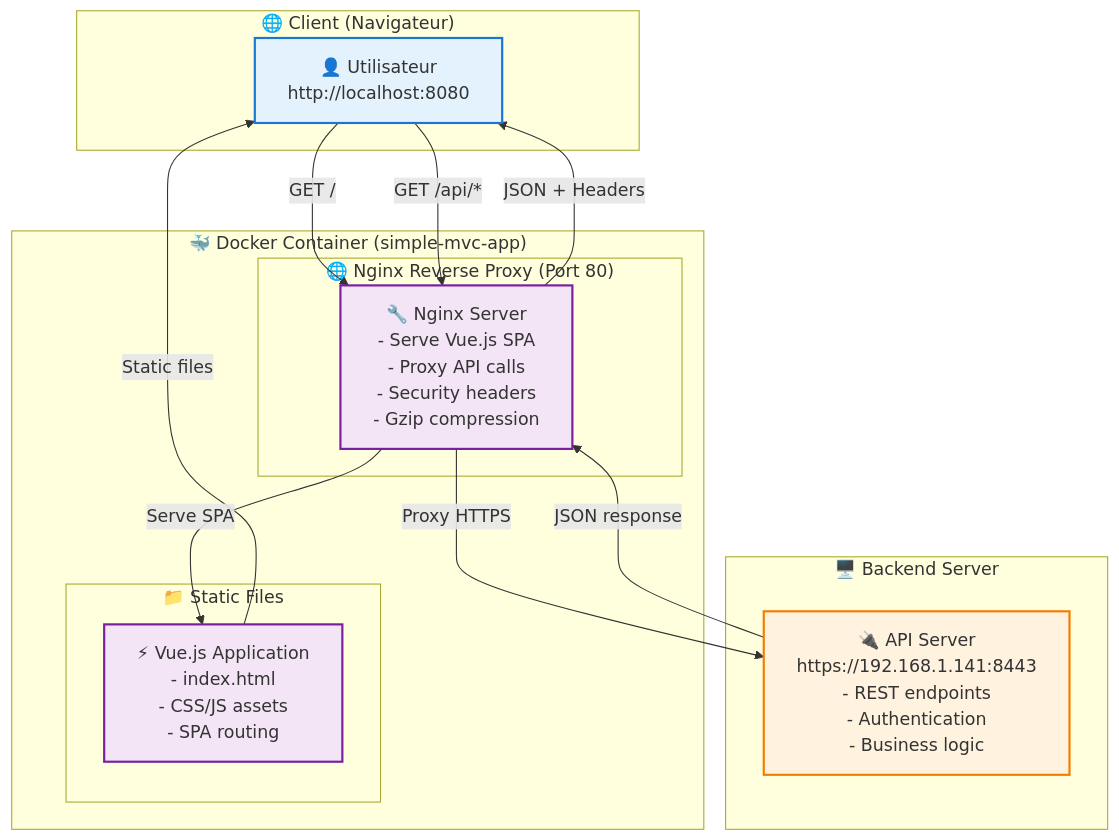
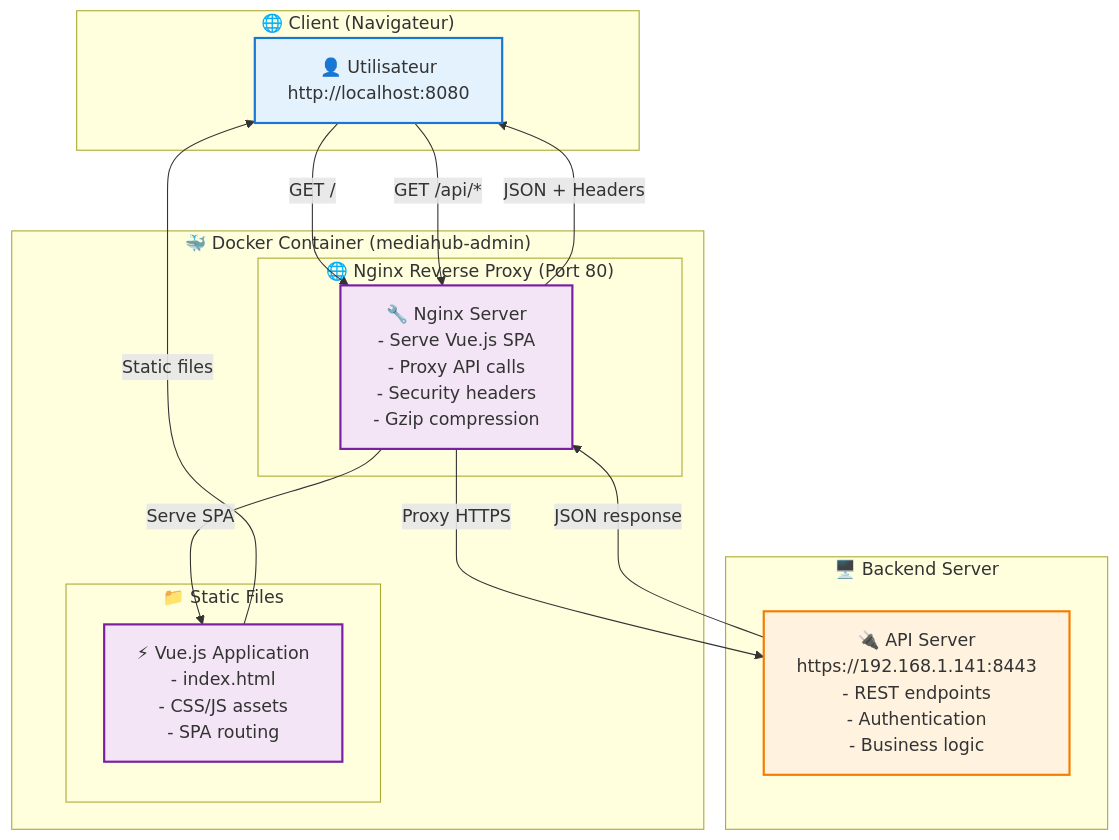
One commit to sylvain94/simple_mvc changed the diagram in README.md. Above: the diagram before and after it, drawn with Mermaid. The commit also changed other lines of this file and 3 other files, not shown here.

````diff
--- a/README.md
+++ b/README.md
@@ -233,39 +242,39 @@
 ```mermaid
 graph TB
     subgraph "🌐 Client (Navigateur)"
         User[👤 Utilisateur<br/>http://localhost:8080]
     end
     
-    subgraph "🐳 Docker Container (simple-mvc-app)"
+    subgraph "🐳 Docker Container (mediahub-admin)"
         subgraph "🌐 Nginx Reverse Proxy (Port 80)"
             Nginx[🔧 Nginx Server<br/>- Serve Vue.js SPA<br/>- Proxy API calls<br/>- Security headers<br/>- Gzip compression]
         end
         
         subgraph "📁 Static Files"
             VueApp[⚡ Vue.js Application<br/>- index.html<br/>- CSS/JS assets<br/>- SPA routing]
         end
     end
     
     subgraph "🖥️ Backend Server"
         API[🔌 API Server<br/>https://192.168.1.141:8443<br/>- REST endpoints<br/>- Authentication<br/>- Business logic]
     end
     
     %% Flux de données
     User -->|"GET /"| Nginx
     Nginx -->|"Serve SPA"| VueApp
     VueApp -->|"Static files"| User
     
     User -->|"GET /api/*"| Nginx
     Nginx -->|"Proxy HTTPS"| API
     API -->|"JSON response"| Nginx
     Nginx -->|"JSON + Headers"| User
     
     %% Styling
     classDef clientClass fill:#e3f2fd,stroke:#1976d2,stroke-width:2px
     classDef containerClass fill:#f3e5f5,stroke:#7b1fa2,stroke-width:2px
     classDef apiClass fill:#fff3e0,stroke:#f57c00,stroke-width:2px
     
     class User clientClass
     class Nginx,VueApp containerClass
     class API apiClass
 ```
````
